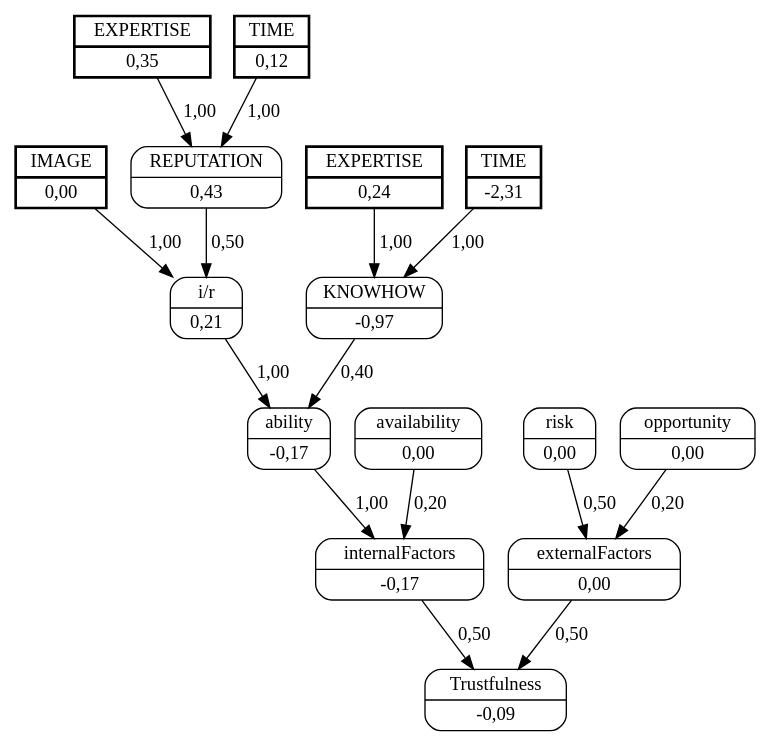
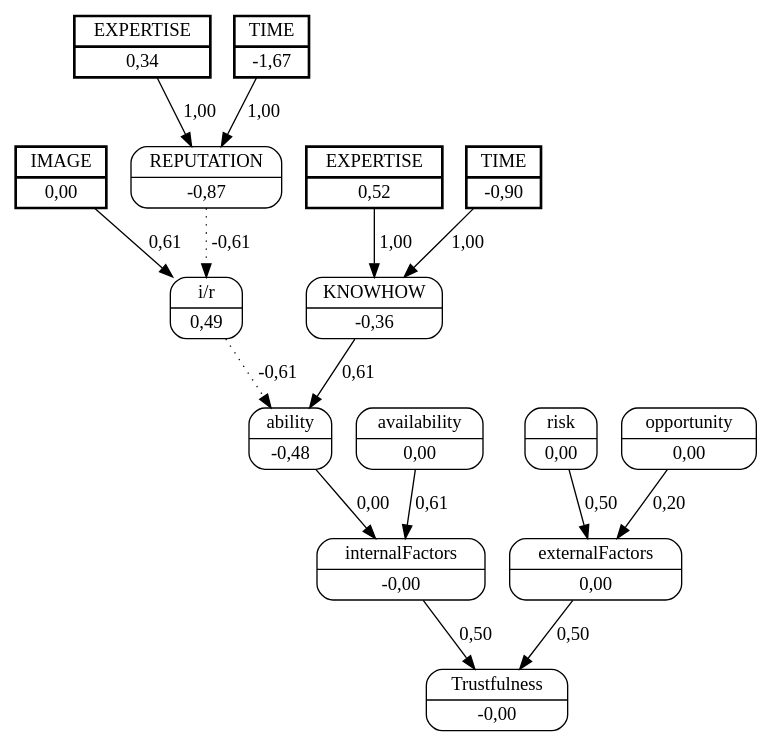
The diagram in unload_boxes/dots/worker_2helper_3.dot (jjbaqueta/unload_experiment), drawn with Graphviz before and after one commit. The commit also changed 77 other files, not shown here.

```diff
--- a/unload_boxes/dots/worker_2helper_3.dot
+++ b/unload_boxes/dots/worker_2helper_3.dot
@@ -1,34 +1,34 @@
 digraph FCM_net{
 	node [shape=record, style=rounded]
 	0 [label="{IMAGE | 0,00}", style=bold, penwidth=2, peripheries=2];
-	11 [label="{EXPERTISE | 0,35}", style=bold, penwidth=2, peripheries=2];
-	12 [label="{TIME | 0,12}", style=bold, penwidth=2, peripheries=2];
-	13 [label="{EXPERTISE | 0,24}", style=bold, penwidth=2, peripheries=2];
-	14 [label="{TIME | -2,31}", style=bold, penwidth=2, peripheries=2];
+	11 [label="{EXPERTISE | 0,34}", style=bold, penwidth=2, peripheries=2];
+	12 [label="{TIME | -1,67}", style=bold, penwidth=2, peripheries=2];
+	13 [label="{EXPERTISE | 0,52}", style=bold, penwidth=2, peripheries=2];
+	14 [label="{TIME | -0,90}", style=bold, penwidth=2, peripheries=2];
 	0 [label="{IMAGE | 0,00}"];
-	1 [label="{REPUTATION | 0,43}"];
-	2 [label="{KNOWHOW | -0,97}"];
-	3 [label="{i/r | 0,21}"];
-	4 [label="{ability | -0,17}"];
+	1 [label="{REPUTATION | -0,87}"];
+	2 [label="{KNOWHOW | -0,36}"];
+	3 [label="{i/r | 0,49}"];
+	4 [label="{ability | -0,48}"];
 	5 [label="{availability | 0,00}"];
-	6 [label="{internalFactors | -0,17}"];
+	6 [label="{internalFactors | -0,00}"];
 	7 [label="{risk | 0,00}"];
 	8 [label="{opportunity | 0,00}"];
 	9 [label="{externalFactors | 0,00}"];
-	10 [label="{Trustfulness | -0,09}"];
-	12 [label="{TIME | 0,12}"];
-	0 -> 3 [label = "1,00"];
-	1 -> 3 [label = "0,50"];
-	3 -> 4 [label = "1,00"];
-	2 -> 4 [label = "0,40"];
-	4 -> 6 [label = "1,00"];
-	5 -> 6 [label = "0,20"];
+	10 [label="{Trustfulness | -0,00}"];
+	12 [label="{TIME | -1,67}"];
+	0 -> 3 [label = "0,61"];
+	1 -> 3 [label = "-0,61", style=dotted];
+	3 -> 4 [label = "-0,61", style=dotted];
+	2 -> 4 [label = "0,61"];
+	4 -> 6 [label = "0,00"];
+	5 -> 6 [label = "0,61"];
 	6 -> 10 [label = "0,50"];
 	7 -> 9 [label = "0,50"];
 	8 -> 9 [label = "0,20"];
 	9 -> 10 [label = "0,50"];
 	11 -> 1 [label = "1,00"];
 	12 -> 1 [label = "1,00"];
 	13 -> 2 [label = "1,00"];
 	14 -> 2 [label = "1,00"];
 }
```
